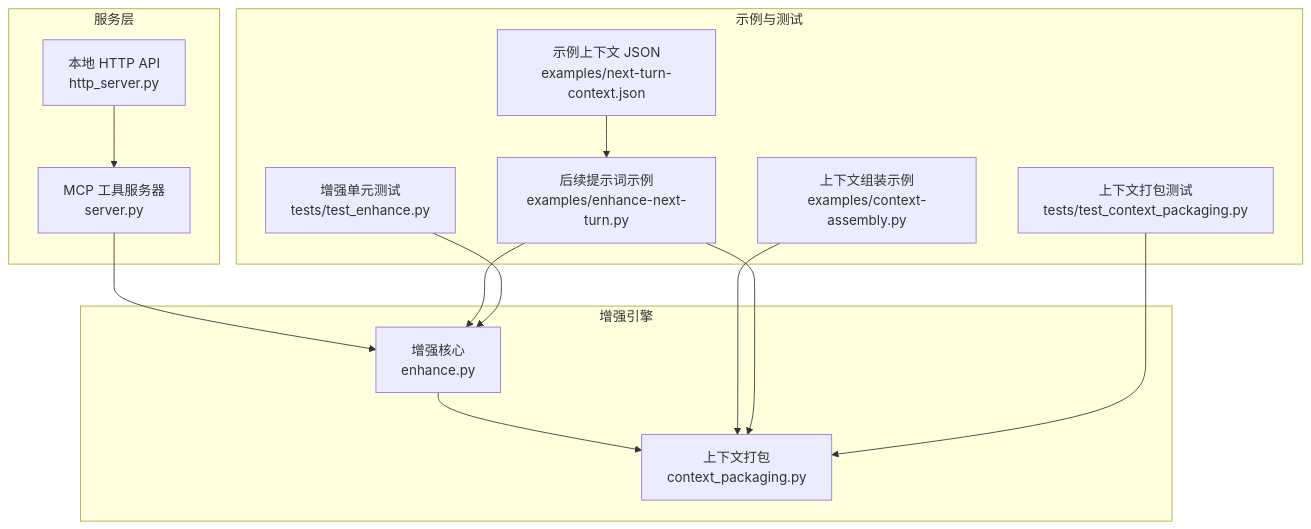
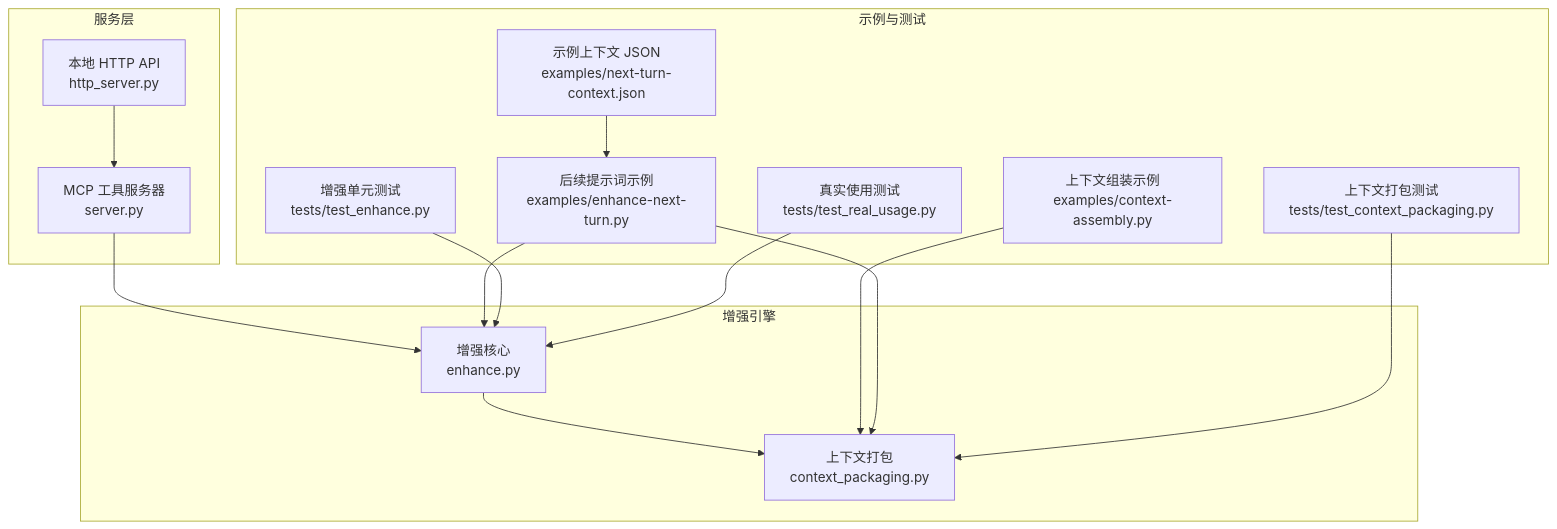
The first of 7 diagrams in .qoder/repowiki/zh/content/核心架构/增强引擎.md (WyRainBow/PromptCocoPilot), drawn with Mermaid before and after one commit. The commit also changed other lines of this file and 54 other files, not shown here.

````diff
--- a/.qoder/repowiki/zh/content/核心架构/增强引擎.md
+++ b/.qoder/repowiki/zh/content/核心架构/增强引擎.md
@@ -52,27 +54,29 @@
 ```mermaid
 graph TB
 subgraph "增强引擎"
 E["增强核心<br/>enhance.py"]
 C["上下文打包<br/>context_packaging.py"]
 end
 subgraph "服务层"
 S["MCP 工具服务器<br/>server.py"]
 H["本地 HTTP API<br/>http_server.py"]
 end
 subgraph "示例与测试"
 X1["上下文组装示例<br/>examples/context-assembly.py"]
 X2["后续提示词示例<br/>examples/enhance-next-turn.py"]
 J["示例上下文 JSON<br/>examples/next-turn-context.json"]
 T1["增强单元测试<br/>tests/test_enhance.py"]
 T2["上下文打包测试<br/>tests/test_context_packaging.py"]
+T3["真实使用测试<br/>tests/test_real_usage.py"]
 end
 E --> C
 S --> E
 H --> S
 X1 --> C
 X2 --> C
 X2 --> E
 J --> X2
 T1 --> E
 T2 --> C
+T3 --> E
 ```
````
